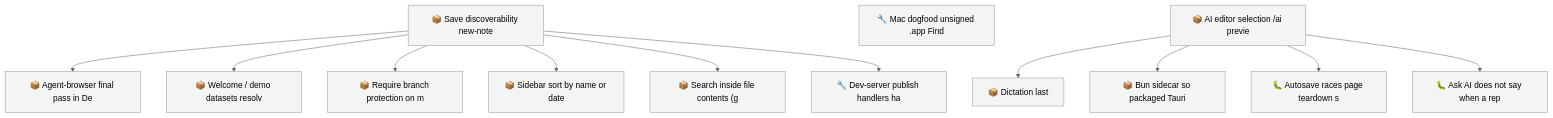
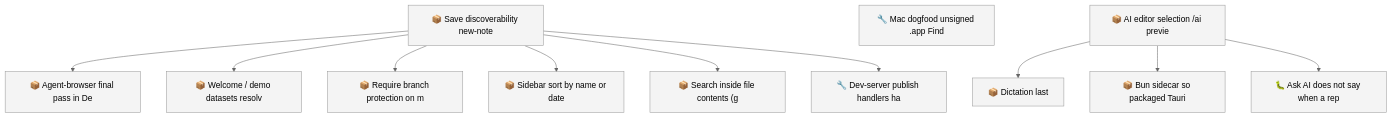
Before and after one commit to SpillwaveSolutions/motion: the first of 2 diagrams in docs/roadmap.md, drawn with Mermaid (neutral theme). The commit also changed other lines of this file and 20 other files, not shown here.

````diff
--- a/docs/roadmap.md
+++ b/docs/roadmap.md
@@ -87,28 +85,26 @@
 ```mermaid
 graph TD
     01KYQYYN3SBWDT25TC6H3G4EAA["📦 Save discoverability new-note"]
     01KYQYYN3T2SSGG33ESEWPXKH8["📦 Agent-browser final pass in De"]
     01KYQYYN3T3VB8RCTMJJ13FK2H["📦 Welcome / demo datasets resolv"]
     01KYQYYN3T731B57N8NXQ8C0FQ["📦 Require branch protection on m"]
     01KYQYYN3TA69K8848E483HC82["📦 Sidebar sort by name or date"]
     01KYQYYN3TKW93D9SVW07VKFZY["📦 Search inside file contents (g"]
     01M18Q560MPAYQJTA0W6F4DAW3["🔧 Mac dogfood unsigned .app Find"]
     01M18R79ZM90HJ0MBG3CX6VW7E["📦 Dictation last"]
     01M18R79ZMN53CMV76JFHKVEFN["📦 AI editor selection /ai previe"]
     01M19Z6Z3XQZ03EYNXKKBG5WK7["📦 Bun sidecar so packaged Tauri"]
-    01M1ABYDSANE2N1W2HDTF350EV["🐛 Autosave races page teardown s"]
     01M1ABZH14RJDDJ7M7HT3TZKYW["🐛 Ask AI does not say when a rep"]
     01M1ABZH2F573CM32N93NDMAGB["🔧 Dev-server publish handlers ha"]
     01KYQYYN3SBWDT25TC6H3G4EAA --> 01KYQYYN3T2SSGG33ESEWPXKH8
     01KYQYYN3SBWDT25TC6H3G4EAA --> 01KYQYYN3T3VB8RCTMJJ13FK2H
     01KYQYYN3SBWDT25TC6H3G4EAA --> 01KYQYYN3T731B57N8NXQ8C0FQ
     01KYQYYN3SBWDT25TC6H3G4EAA --> 01KYQYYN3TA69K8848E483HC82
     01KYQYYN3SBWDT25TC6H3G4EAA --> 01KYQYYN3TKW93D9SVW07VKFZY
     01M18R79ZMN53CMV76JFHKVEFN --> 01M18R79ZM90HJ0MBG3CX6VW7E
     01M18R79ZMN53CMV76JFHKVEFN --> 01M19Z6Z3XQZ03EYNXKKBG5WK7
-    01M18R79ZMN53CMV76JFHKVEFN --> 01M1ABYDSANE2N1W2HDTF350EV
     01M18R79ZMN53CMV76JFHKVEFN --> 01M1ABZH14RJDDJ7M7HT3TZKYW
     01KYQYYN3SBWDT25TC6H3G4EAA --> 01M1ABZH2F573CM32N93NDMAGB
     classDef todo fill:#f4f4f4,stroke:#999999
-    class 01KYQYYN3SBWDT25TC6H3G4EAA,01KYQYYN3T2SSGG33ESEWPXKH8,01KYQYYN3T3VB8RCTMJJ13FK2H,01KYQYYN3T731B57N8NXQ8C0FQ,01KYQYYN3TA69K8848E483HC82,01KYQYYN3TKW93D9SVW07VKFZY,01M18Q560MPAYQJTA0W6F4DAW3,01M18R79ZM90HJ0MBG3CX6VW7E,01M18R79ZMN53CMV76JFHKVEFN,01M19Z6Z3XQZ03EYNXKKBG5WK7,01M1ABYDSANE2N1W2HDTF350EV,01M1ABZH14RJDDJ7M7HT3TZKYW,01M1ABZH2F573CM32N93NDMAGB todo
+    class 01KYQYYN3SBWDT25TC6H3G4EAA,01KYQYYN3T2SSGG33ESEWPXKH8,01KYQYYN3T3VB8RCTMJJ13FK2H,01KYQYYN3T731B57N8NXQ8C0FQ,01KYQYYN3TA69K8848E483HC82,01KYQYYN3TKW93D9SVW07VKFZY,01M18Q560MPAYQJTA0W6F4DAW3,01M18R79ZM90HJ0MBG3CX6VW7E,01M18R79ZMN53CMV76JFHKVEFN,01M19Z6Z3XQZ03EYNXKKBG5WK7,01M1ABZH14RJDDJ7M7HT3TZKYW,01M1ABZH2F573CM32N93NDMAGB todo
 ```
````
